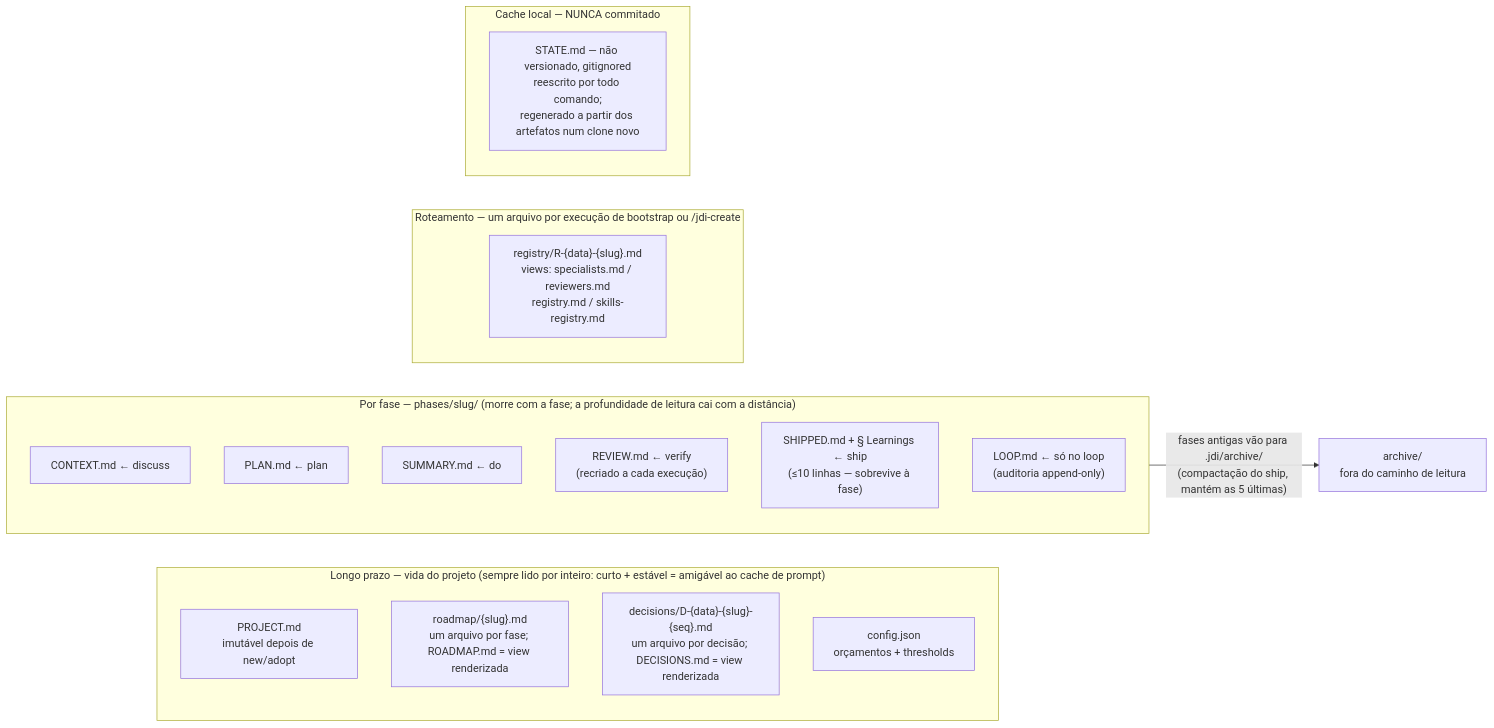
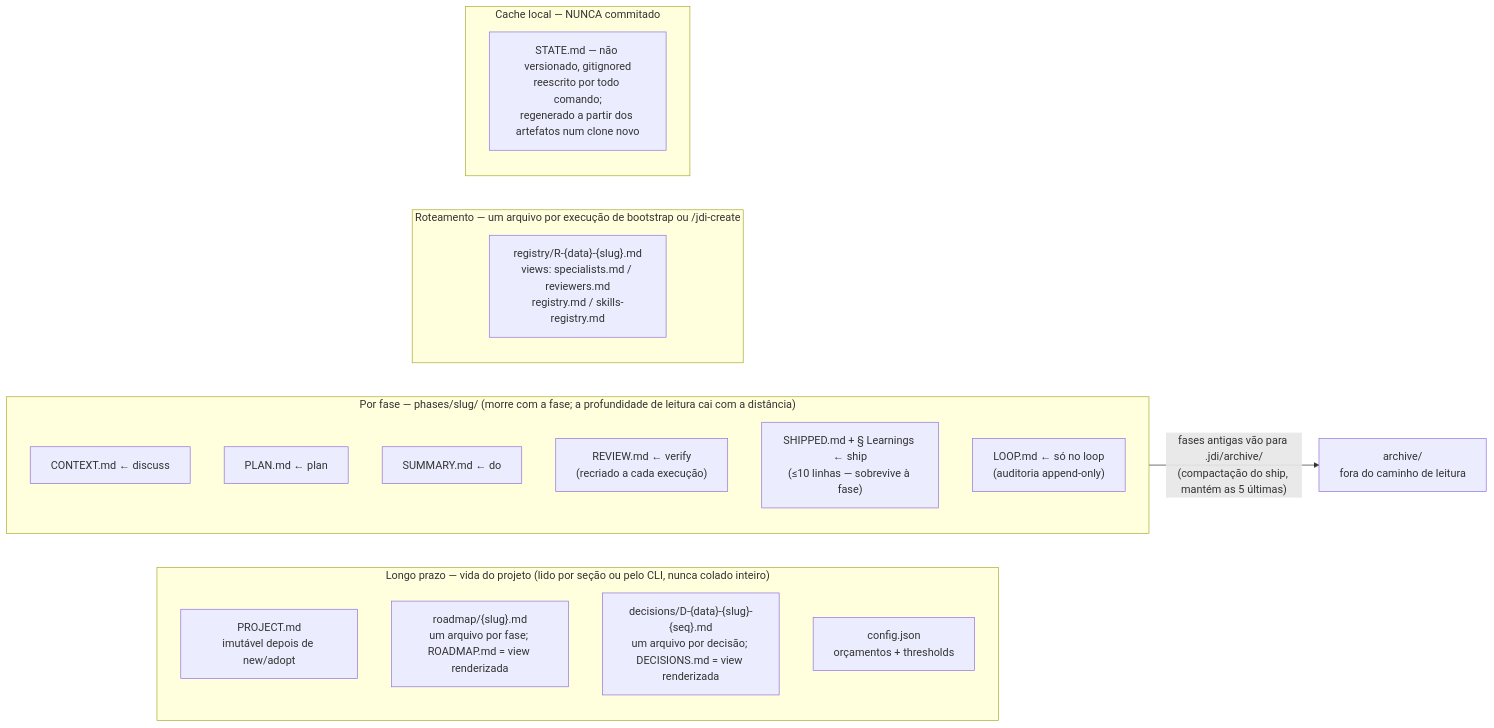
One commit to slipalison/jdi-cli changed the third of 4 diagrams in README.pt-BR.md. Above: the diagram before and after it, drawn with Mermaid. The commit also changed other lines of this file and 193 other files, not shown here.

````diff
--- a/README.pt-BR.md
+++ b/README.pt-BR.md
@@ -222,28 +222,28 @@
 ```mermaid
 flowchart LR
-    subgraph LT["Longo prazo — vida do projeto (sempre lido por inteiro: curto + estável = amigável ao cache de prompt)"]
+    subgraph LT["Longo prazo — vida do projeto (lido por seção ou pelo CLI, nunca colado inteiro)"]
         PROJECT["PROJECT.md<br/>imutável depois de new/adopt"]
         ROADMAP["roadmap/{slug}.md<br/>um arquivo por fase; ROADMAP.md = view renderizada"]
         DECISIONS["decisions/D-{data}-{slug}-{seq}.md<br/>um arquivo por decisão; DECISIONS.md = view renderizada"]
         CONFIG["config.json<br/>orçamentos + thresholds"]
     end
 
     subgraph PH["Por fase — phases/slug/ (morre com a fase; a profundidade de leitura cai com a distância)"]
         CONTEXT["CONTEXT.md ← discuss"]
         PLAN["PLAN.md ← plan"]
         SUMMARY["SUMMARY.md ← do"]
         REVIEW["REVIEW.md ← verify<br/>(recriado a cada execução)"]
         SHIPPED["SHIPPED.md + § Learnings ← ship<br/>(≤10 linhas — sobrevive à fase)"]
         LOOPMD["LOOP.md ← só no loop<br/>(auditoria append-only)"]
     end
 
     subgraph ROUTE["Roteamento — um arquivo por execução de bootstrap ou /jdi-create"]
         SPEC["registry/R-{data}-{slug}.md<br/>views: specialists.md / reviewers.md<br/>registry.md / skills-registry.md"]
     end
 
     subgraph LOCAL["Cache local — NUNCA commitado"]
         STATE["STATE.md — não versionado, gitignored<br/>reescrito por todo comando;<br/>regenerado a partir dos artefatos num clone novo"]
     end
 
     PH -- "fases antigas vão para .jdi/archive/<br/>(compactação do ship, mantém as 5 últimas)" --> ARCH["archive/<br/>fora do caminho de leitura"]
 ```
````
